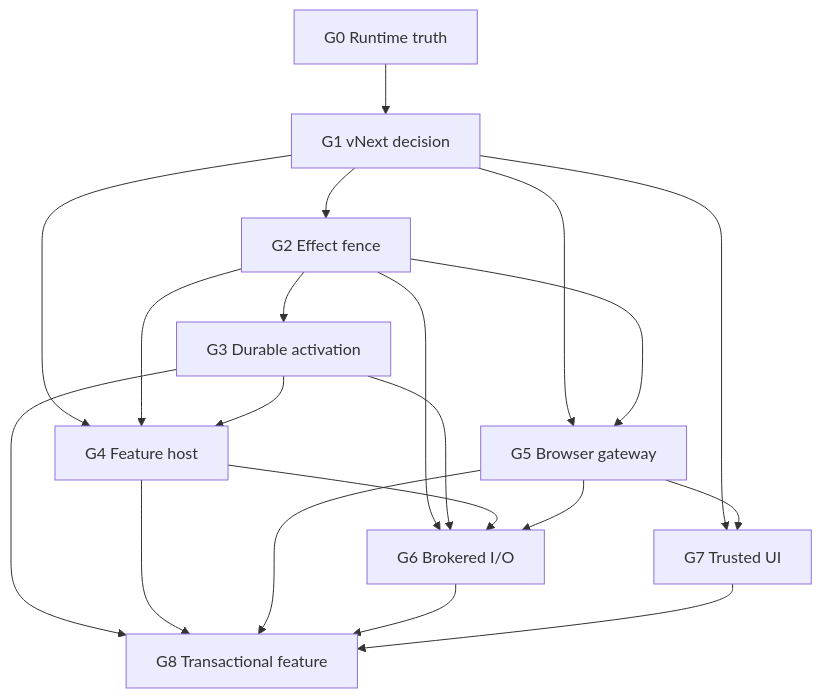
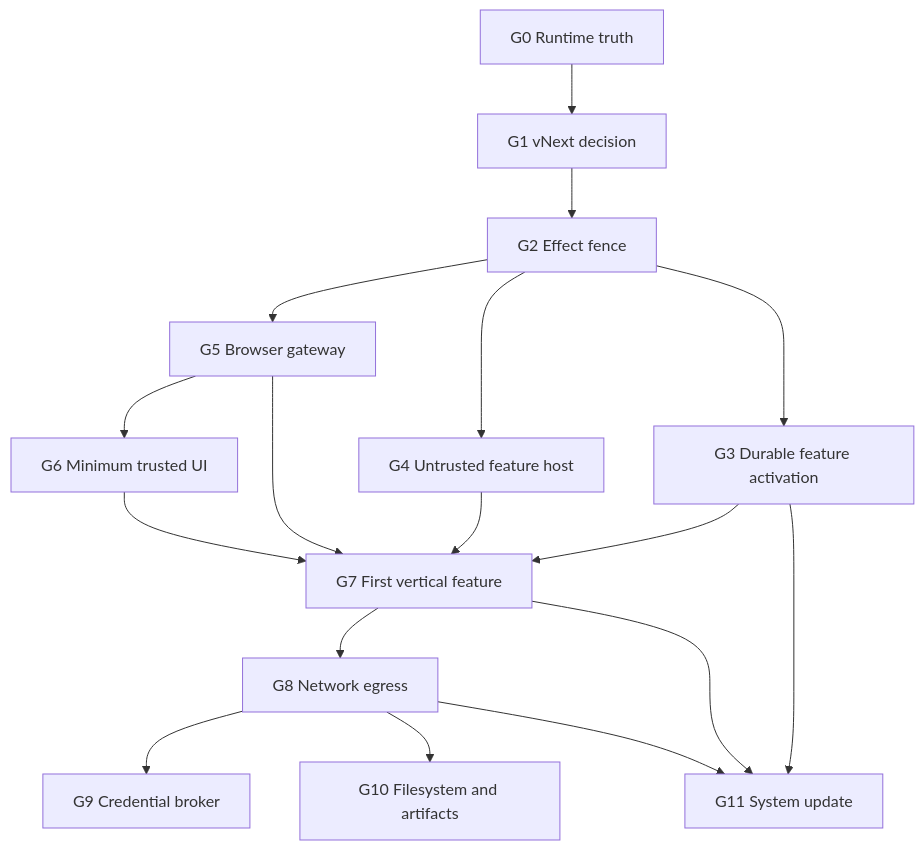
The diagram in docs/architecture/VNEXT-GRACE-PACKAGE-INDEX-2026-09-06.md (Artemyx-DataScientist/Worldline), drawn with Mermaid before and after one commit. The commit also changed other lines of this file and 21 other files, not shown here.

````diff
--- a/docs/architecture/VNEXT-GRACE-PACKAGE-INDEX-2026-09-06.md
+++ b/docs/architecture/VNEXT-GRACE-PACKAGE-INDEX-2026-09-06.md
@@ -36,22 +41,19 @@
 ```mermaid
 flowchart TD
     G0["G0 Runtime truth"] --> G1["G1 vNext decision"]
     G1 --> G2["G2 Effect fence"]
-    G2 --> G3["G3 Durable activation"]
-    G1 --> G5["G5 Browser gateway"]
-    G2 --> G5
-    G1 --> G4["G4 Feature host"]
-    G2 --> G4
-    G3 --> G4
-    G2 --> G6["G6 Brokered I/O"]
-    G3 --> G6
-    G4 --> G6
-    G5 --> G6
-    G1 --> G7["G7 Trusted UI"]
+    G2 --> G3["G3 Durable feature activation"]
+    G2 --> G4["G4 Untrusted feature host"]
+    G2 --> G5["G5 Browser gateway"]
+    G5 --> G6["G6 Minimum trusted UI"]
+    G3 --> G7["G7 First vertical feature"]
+    G4 --> G7
     G5 --> G7
-    G3 --> G8["G8 Transactional feature"]
-    G4 --> G8
-    G5 --> G8
-    G6 --> G8
-    G7 --> G8
+    G6 --> G7
+    G7 --> G8["G8 Network egress"]
+    G8 --> G9["G9 Credential broker"]
+    G8 --> G10["G10 Filesystem and artifacts"]
+    G3 --> G11["G11 System update"]
+    G7 --> G11
+    G8 --> G11
 ```
````
